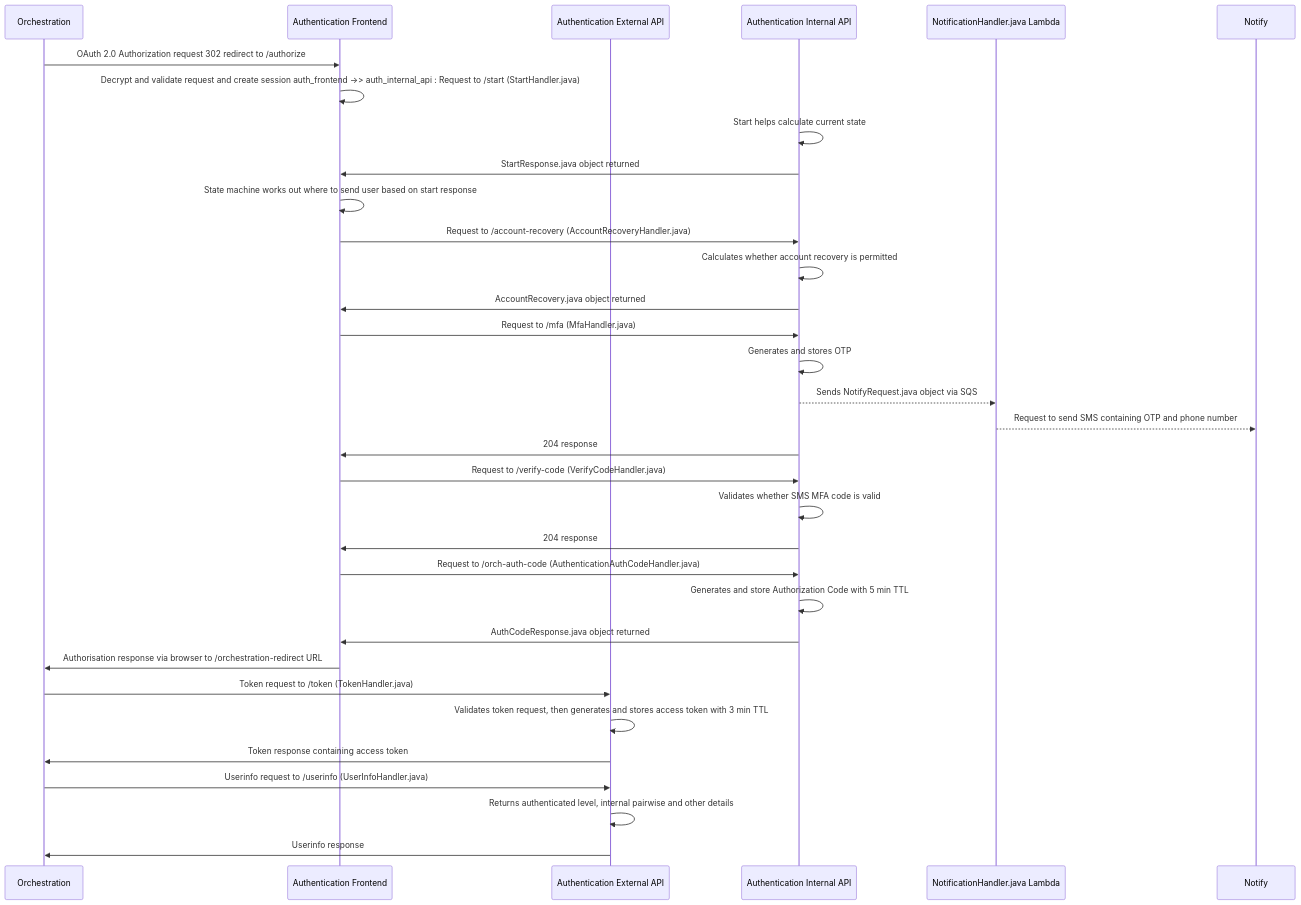
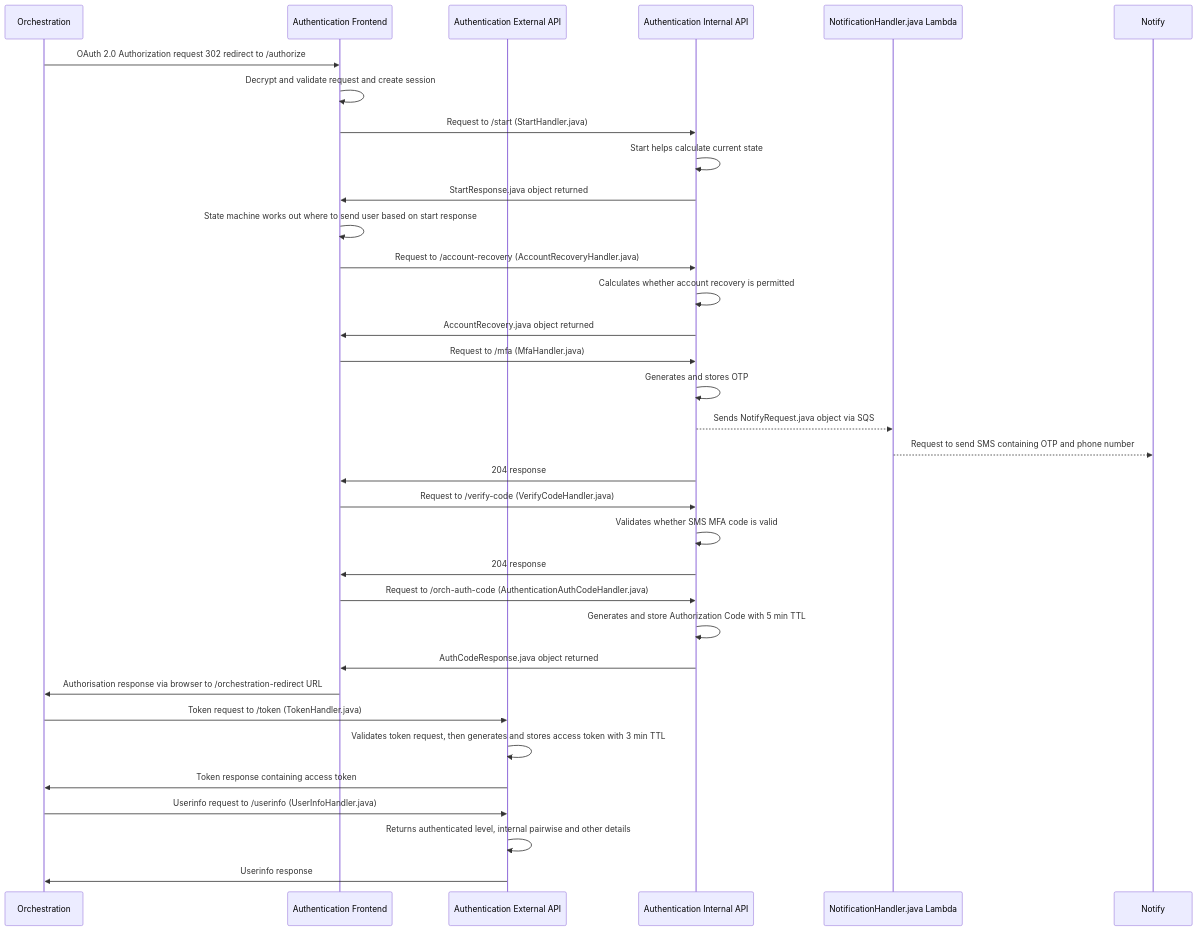
The diagram in docs/diagrams/authentication/login/uplift-sms.mmd (govuk-one-login/authentication-api), drawn with Mermaid before and after one commit. The commit also changed 8 other files, not shown here.

First line of the commit message:
AUT-5932: Fix request to /start handler representation in auth diagrams

```diff
--- a/docs/diagrams/authentication/login/uplift-sms.mmd
+++ b/docs/diagrams/authentication/login/uplift-sms.mmd
@@ -1,33 +1,34 @@
 sequenceDiagram
     participant orch_api as Orchestration
     participant auth_frontend as Authentication Frontend
     participant auth_external_api as Authentication External API
     participant auth_internal_api as Authentication Internal API
     participant notification_queue as NotificationHandler.java Lambda   
     participant notify as Notify   
     orch_api ->> auth_frontend : OAuth 2.0 Authorization request 302 redirect to /authorize
-    auth_frontend ->> auth_frontend : Decrypt and validate request and create session    auth_frontend ->> auth_internal_api : Request to /start (StartHandler.java)
+    auth_frontend ->> auth_frontend : Decrypt and validate request and create session
+    auth_frontend ->> auth_internal_api : Request to /start (StartHandler.java)
     auth_internal_api ->> auth_internal_api : Start helps calculate current state
     auth_internal_api ->> auth_frontend : StartResponse.java object returned
     auth_frontend ->> auth_frontend : State machine works out where to send user based on start response
     auth_frontend ->> auth_internal_api : Request to /account-recovery (AccountRecoveryHandler.java)
     auth_internal_api ->> auth_internal_api : Calculates whether account recovery is permitted
     auth_internal_api ->> auth_frontend: AccountRecovery.java object returned
     auth_frontend ->> auth_internal_api : Request to /mfa (MfaHandler.java)
     auth_internal_api ->> auth_internal_api : Generates and stores OTP
     auth_internal_api -->> notification_queue : Sends NotifyRequest.java object via SQS
     notification_queue -->> notify : Request to send SMS containing OTP and phone number
     auth_internal_api ->> auth_frontend : 204 response 
     auth_frontend ->> auth_internal_api : Request to /verify-code (VerifyCodeHandler.java)
     auth_internal_api ->> auth_internal_api : Validates whether SMS MFA code is valid
     auth_internal_api ->> auth_frontend: 204 response
     auth_frontend ->> auth_internal_api : Request to /orch-auth-code (AuthenticationAuthCodeHandler.java)
     auth_internal_api ->> auth_internal_api : Generates and store Authorization Code with 5 min TTL
     auth_internal_api ->> auth_frontend: AuthCodeResponse.java object returned
     auth_frontend ->> orch_api : Authorisation response via browser to /orchestration-redirect URL
     orch_api ->> auth_external_api: Token request to /token (TokenHandler.java)
     auth_external_api ->> auth_external_api : Validates token request, then generates and stores access token with 3 min TTL
     auth_external_api ->> orch_api : Token response containing access token
     orch_api ->> auth_external_api: Userinfo request to /userinfo (UserInfoHandler.java)
     auth_external_api ->> auth_external_api: Returns authenticated level, internal pairwise and other details
     auth_external_api ->> orch_api : Userinfo response
```
